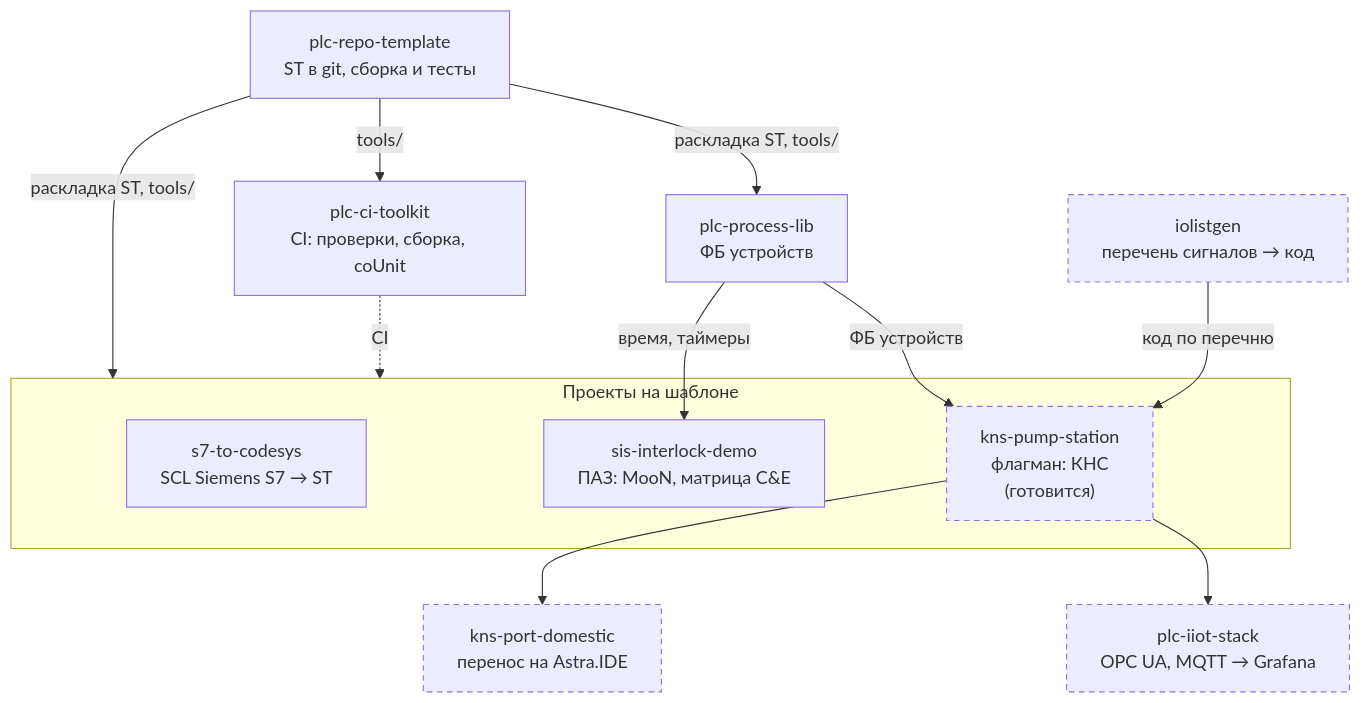
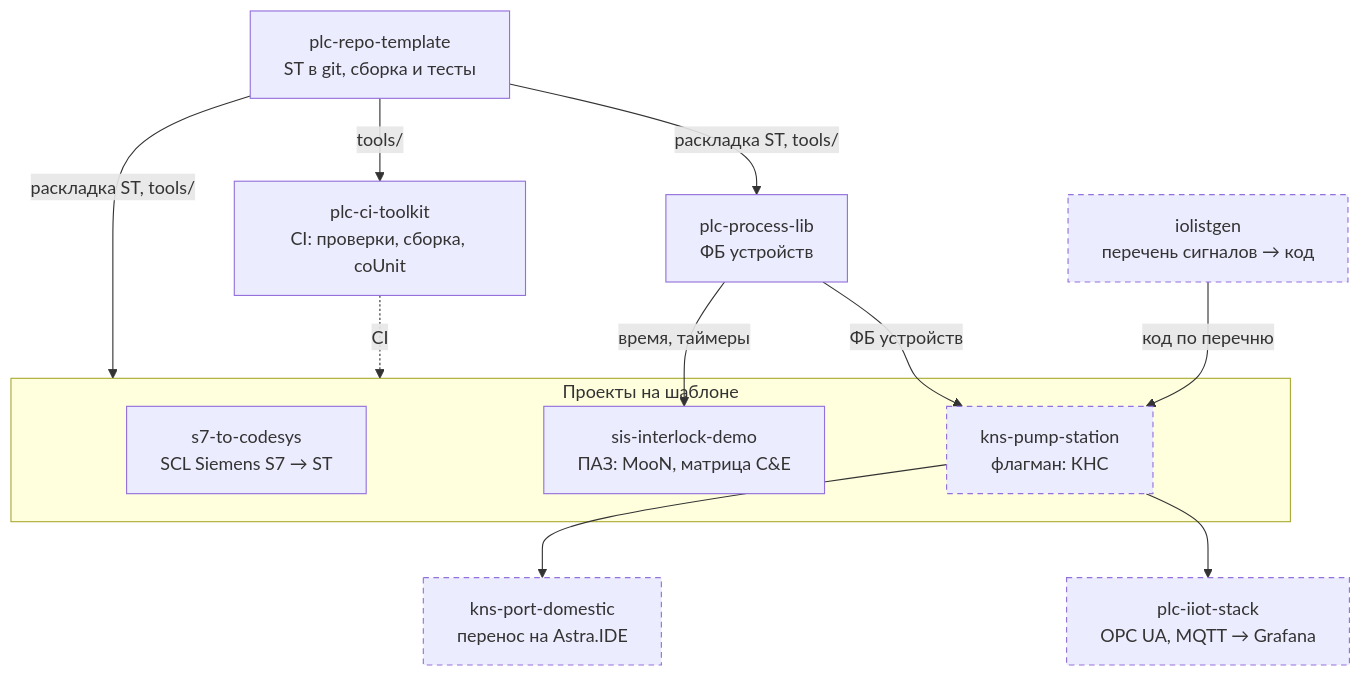
One commit to kr0nsch/kr0nsch changed the diagram in README.md. Above: the diagram before and after it, drawn with Mermaid. The commit also changed other lines of this file, not shown here.

Commit message:
docs: флагман kns-pump-station опубликован

````diff
--- a/README.md
+++ b/README.md
@@ -60,29 +63,29 @@
 ```mermaid
 flowchart TB
     tpl["plc-repo-template<br/>ST в git, сборка и тесты"]
     ci["plc-ci-toolkit<br/>CI: проверки, сборка, coUnit"]
     lib["plc-process-lib<br/>ФБ устройств"]
     io["iolistgen<br/>перечень сигналов → код"]
 
     subgraph apps["Проекты на шаблоне"]
         s7["s7-to-codesys<br/>SCL Siemens S7 → ST"]
         sis["sis-interlock-demo<br/>ПАЗ: MooN, матрица C&E"]
-        kns["kns-pump-station<br/>флагман: КНС<br/>(готовится)"]
+        kns["kns-pump-station<br/>флагман: КНС"]
     end
 
     port["kns-port-domestic<br/>перенос на Astra.IDE"]
     iiot["plc-iiot-stack<br/>OPC UA, MQTT → Grafana"]
 
     tpl -- "tools/" --> ci
     tpl -- "раскладка ST, tools/" --> lib
     tpl -- "раскладка ST, tools/" --> apps
     ci -.->|"CI"| apps
     lib -- "время, таймеры" --> sis
     lib -- "ФБ устройств" --> kns
     io -- "код по перечню" --> kns
     kns --> port
     kns --> iiot
 
     classDef prep stroke-dasharray: 5 4
     class io,kns,port,iiot prep
 ```
````
